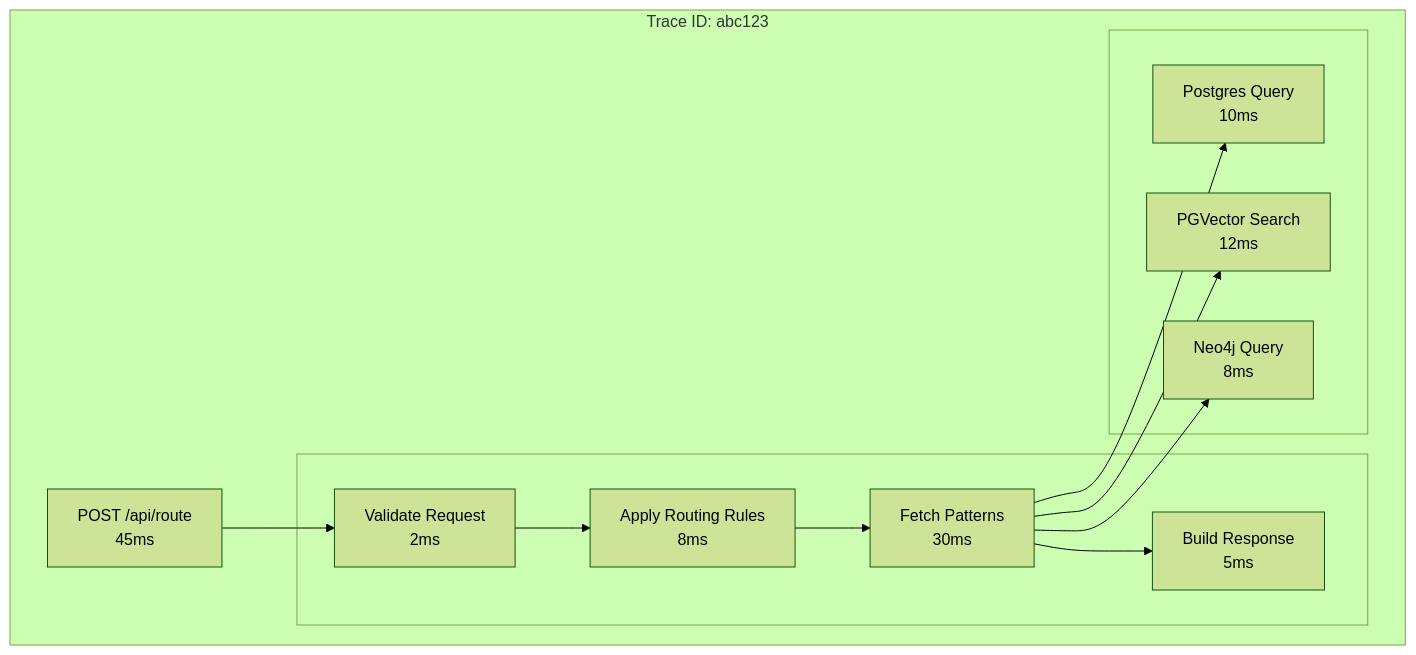
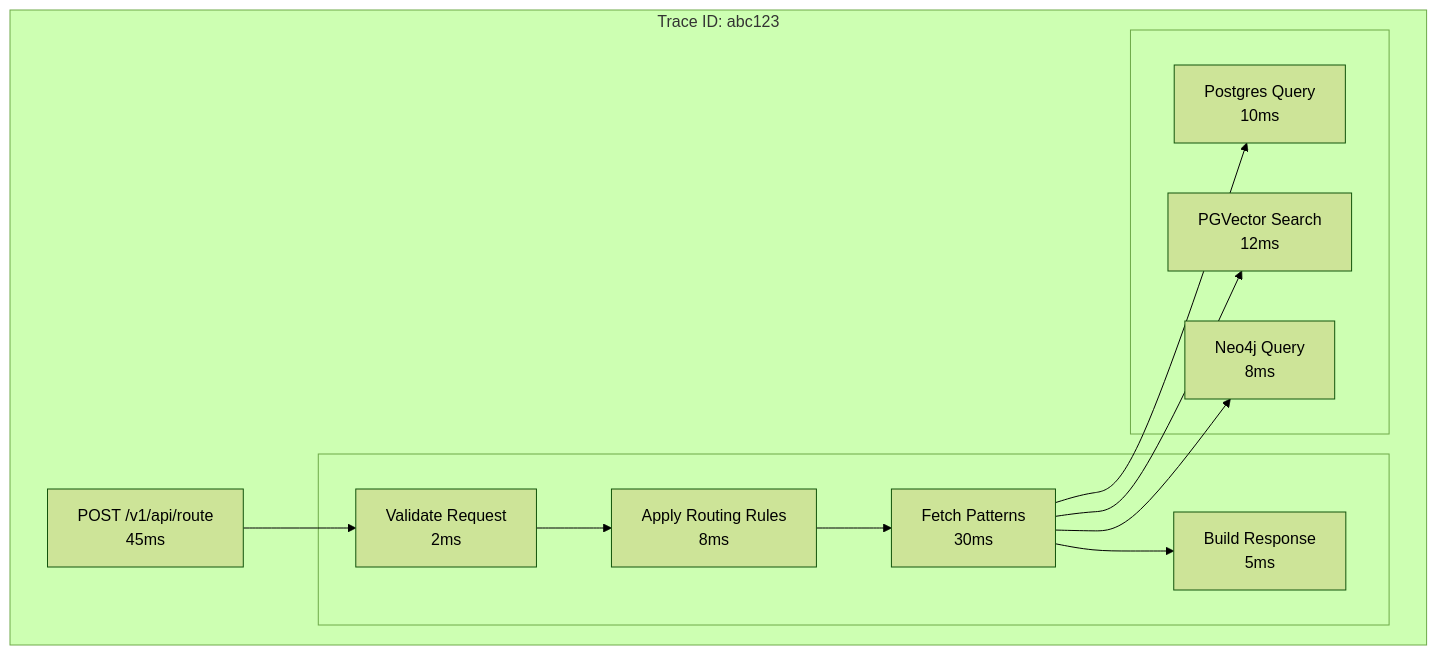
The second of 3 diagrams in docs/architecture/07-observability-architecture.md (twistingmercury/mnemonic-mcp), drawn with Mermaid (forest theme) before and after one commit. The commit also changed other lines of this file and 10 other files, not shown here.

Commit message:
aligning design with architecture using rlm agent

````diff
--- a/docs/architecture/07-observability-architecture.md
+++ b/docs/architecture/07-observability-architecture.md
@@ -239,24 +239,24 @@
 ```mermaid
 flowchart TB
     subgraph Trace["Trace ID: abc123"]
-        HTTP["POST /api/route<br/>45ms"]
+        HTTP["POST /v1/api/route<br/>45ms"]
 
         subgraph HTTPSpans[" "]
             Valid["Validate Request<br/>2ms"]
             Route["Apply Routing Rules<br/>8ms"]
             Pattern["Fetch Patterns<br/>30ms"]
             Resp["Build Response<br/>5ms"]
         end
 
         subgraph PatternSpans[" "]
             PG["Postgres Query<br/>10ms"]
             PGV["PGVector Search<br/>12ms"]
             Neo["Neo4j Query<br/>8ms"]
         end
 
         HTTP --> Valid --> Route --> Pattern --> Resp
         Pattern --> PG
         Pattern --> PGV
         Pattern --> Neo
     end
 ```
````
